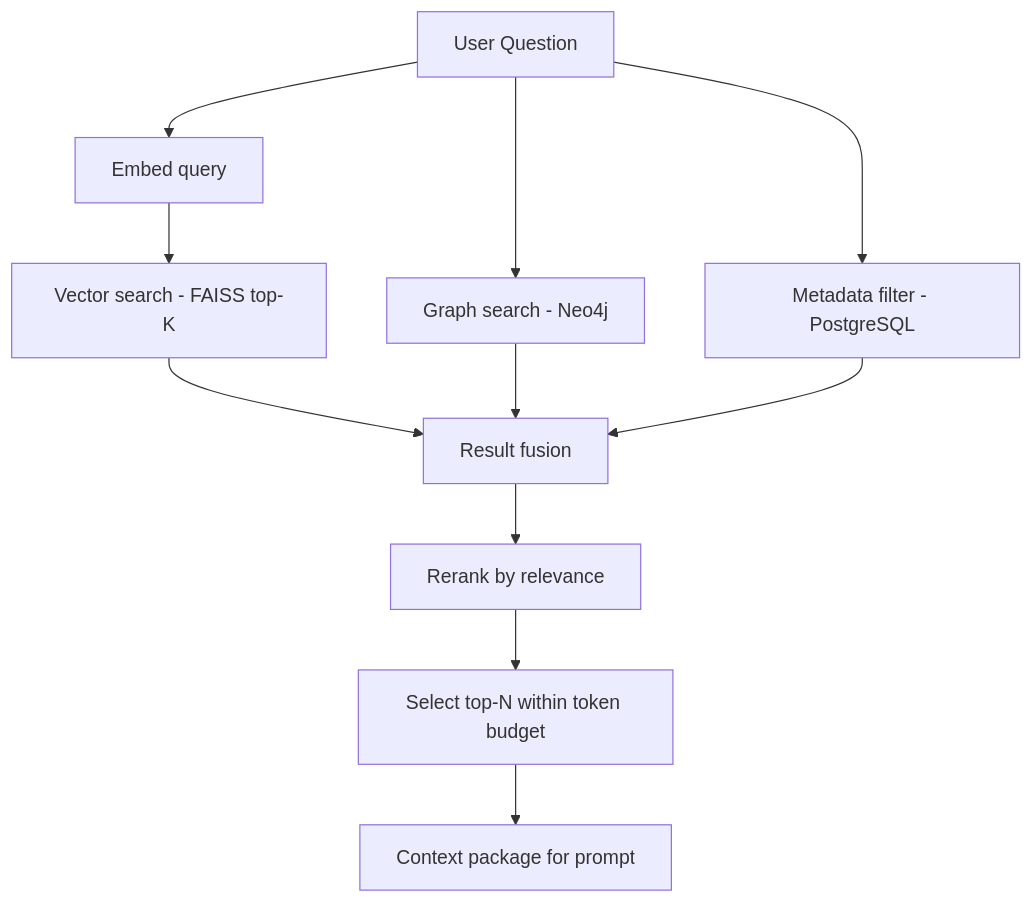
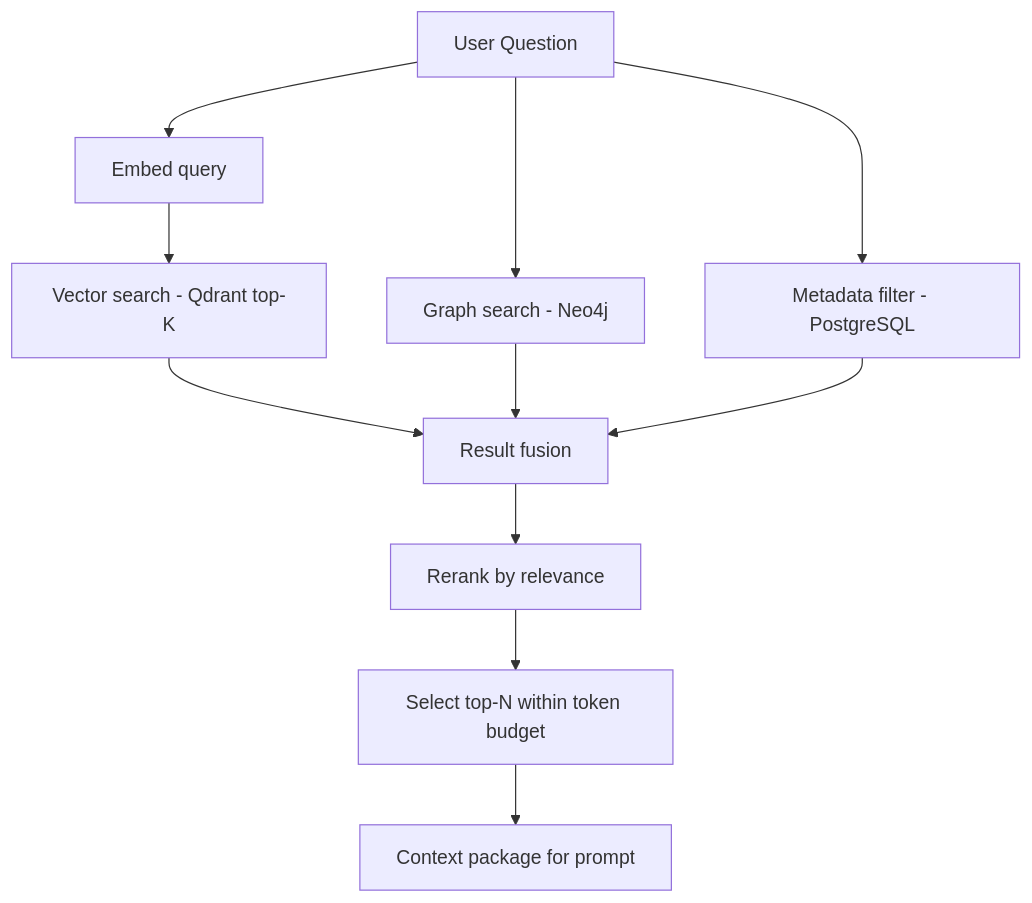
One commit to pratapVansh/TRACE changed the ninth of 13 diagrams in docs/10_RAG_PIPELINE.md. Above: the diagram before and after it, drawn with Mermaid. The commit also changed other lines of this file and 60 other files, not shown here.

````diff
--- a/docs/10_RAG_PIPELINE.md
+++ b/docs/10_RAG_PIPELINE.md
@@ -297,13 +303,13 @@
 ```mermaid
 flowchart TB
     Q["User Question"] --> EMBQ["Embed query"]
-    EMBQ --> VS["Vector search - FAISS top-K"]
+    EMBQ --> VS["Vector search - Qdrant top-K"]
     Q --> GS["Graph search - Neo4j"]
     Q --> MF["Metadata filter - PostgreSQL"]
     VS --> FUSE["Result fusion"]
     GS --> FUSE
     MF --> FUSE
     FUSE --> RERANK["Rerank by relevance"]
     RERANK --> SELECT["Select top-N within token budget"]
     SELECT --> CTX["Context package for prompt"]
 ```
````
